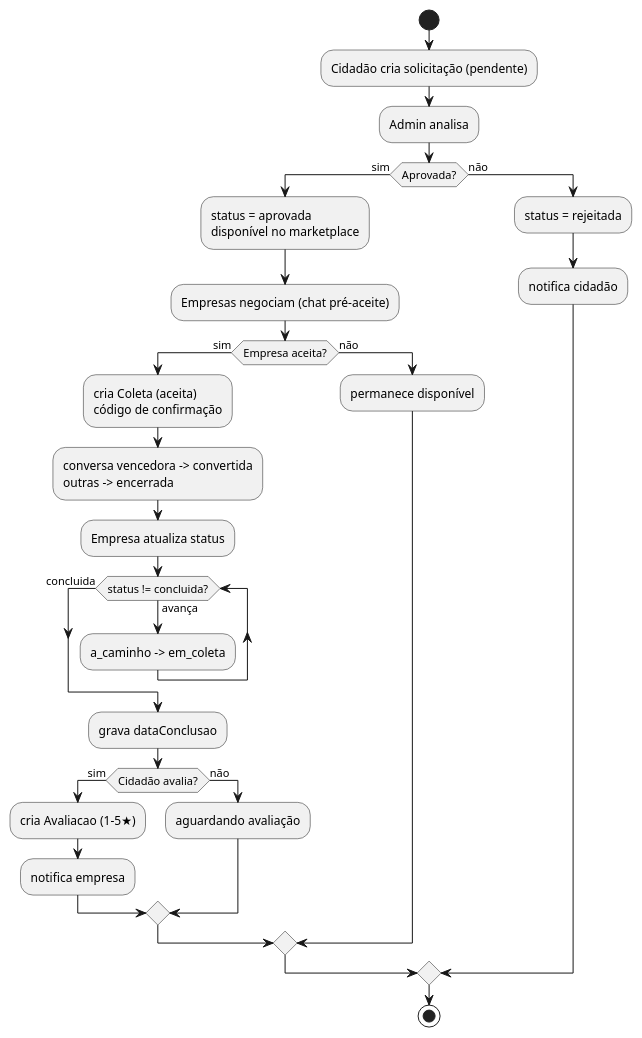
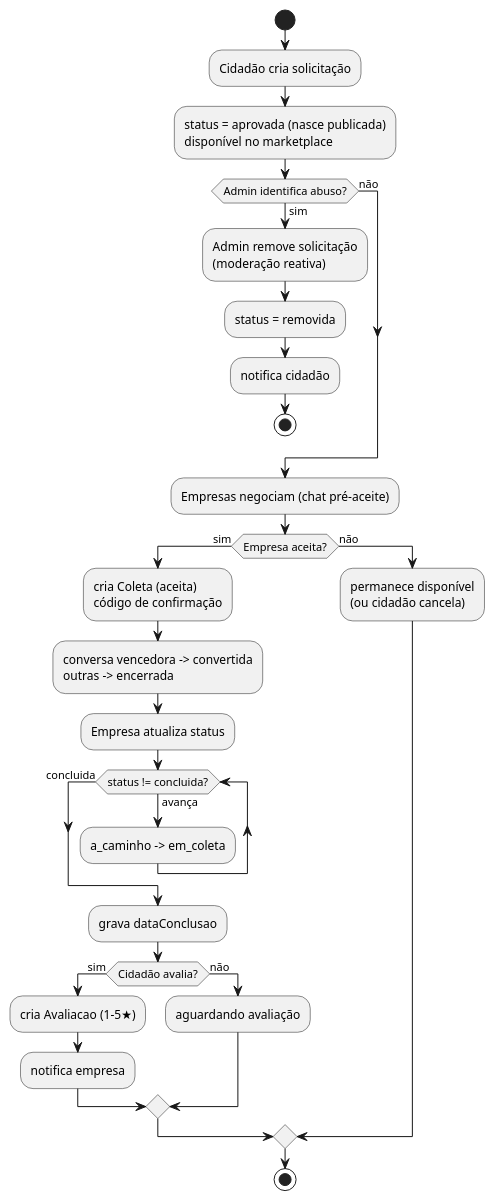
Diagram 13 of 21 in docs/uml/documentacao-uml-completa.md (lononeiro/olx-ecologico), drawn with PlantUML before and after one commit. The commit also changed other lines of this file and 53 other files, not shown here.

First line of the commit message:
docs(uml): revisao dos diagramas e sincronizacao docs/ com uml/

````diff
--- a/docs/uml/documentacao-uml-completa.md
+++ b/docs/uml/documentacao-uml-completa.md
@@ -927,32 +932,33 @@
 ```plantuml
 @startuml atividade-macro
 start
-:Cidadão cria solicitação (pendente);
-:Admin analisa;
-if (Aprovada?) then (sim)
-  :status = aprovada\ndisponível no marketplace;
-  :Empresas negociam (chat pré-aceite);
-  if (Empresa aceita?) then (sim)
-    :cria Coleta (aceita)\ncódigo de confirmação;
-    :conversa vencedora -> convertida\noutras -> encerrada;
-    :Empresa atualiza status;
-    while (status != concluida?) is (avança)
-      :a_caminho -> em_coleta;
-    endwhile (concluida)
-    :grava dataConclusao;
-    if (Cidadão avalia?) then (sim)
-      :cria Avaliacao (1-5★);
-      :notifica empresa;
-    else (não)
-      :aguardando avaliação;
-    endif
+:Cidadão cria solicitação;
+:status = aprovada (nasce publicada)\ndisponível no marketplace;
+if (Admin identifica abuso?) then (sim)
+  :Admin remove solicitação\n(moderação reativa);
+  :status = removida;
+  :notifica cidadão;
+  stop
+else (não)
+endif
+:Empresas negociam (chat pré-aceite);
+if (Empresa aceita?) then (sim)
+  :cria Coleta (aceita)\ncódigo de confirmação;
+  :conversa vencedora -> convertida\noutras -> encerrada;
+  :Empresa atualiza status;
+  while (status != concluida?) is (avança)
+    :a_caminho -> em_coleta;
+  endwhile (concluida)
+  :grava dataConclusao;
+  if (Cidadão avalia?) then (sim)
+    :cria Avaliacao (1-5★);
+    :notifica empresa;
   else (não)
-    :permanece disponível;
+    :aguardando avaliação;
   endif
 else (não)
-  :status = rejeitada;
-  :notifica cidadão;
+  :permanece disponível\n(ou cidadão cancela);
 endif
 stop
 @enduml
 ```
````
